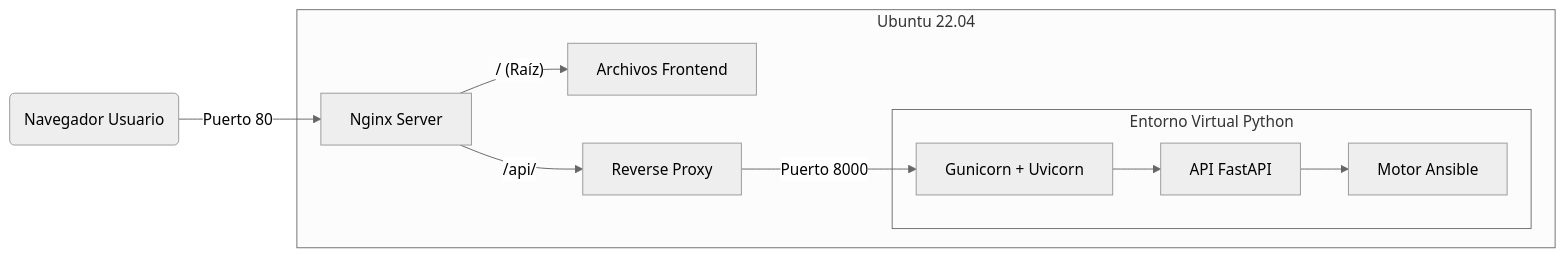
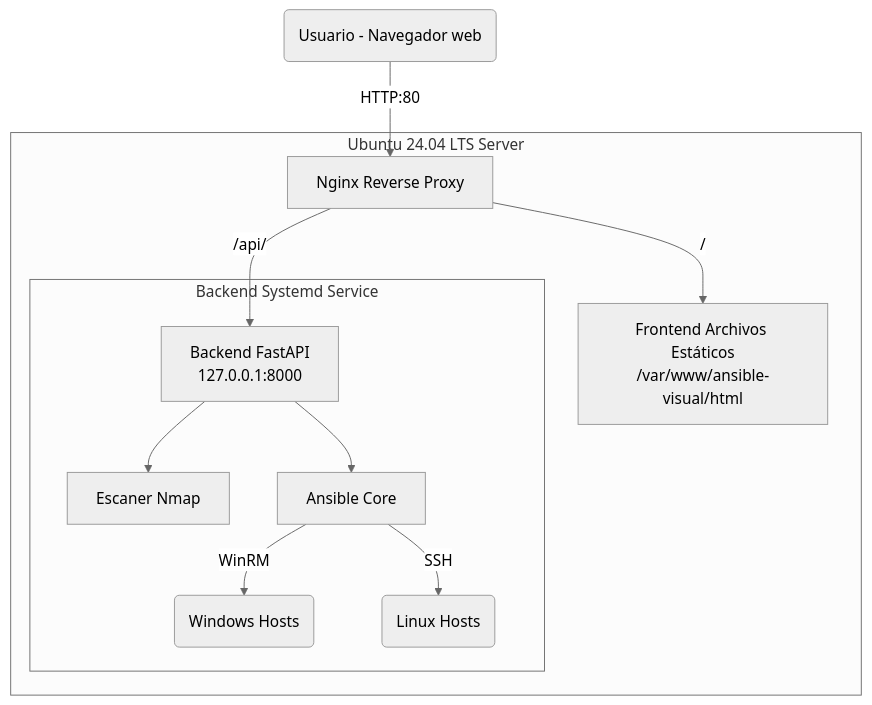
Before and after one commit to JuanEntrena18/proyecto_ansible: the diagram in README.md, drawn with Mermaid (neutral theme). The commit also changed other lines of this file, not shown here.

````diff
--- a/README.md
+++ b/README.md
@@ -35,15 +35,16 @@
 ```mermaid
-graph LR
-    User(Navegador Usuario) -- Puerto 80 --> Nginx[Nginx Server]
+graph TD
+    User(Usuario - Navegador web) -- HTTP:80 --> Nginx[Nginx Reverse Proxy]
     
-    subgraph Server [Ubuntu 22.04]
-        Nginx -- / (Raíz) --> Static[Archivos Frontend]
-        Nginx -- /api/ --> Proxy[Reverse Proxy]
-        Proxy -- Puerto 8000 --> Gunicorn[Gunicorn + Uvicorn]
+    subgraph Ubuntu 24.04 LTS Server
+        Nginx -- / --> Frontend[Frontend Archivos Estáticos\n/var/www/ansible-visual/html]
+        Nginx -- /api/ --> BackendAPI[Backend FastAPI\n127.0.0.1:8000]
         
-        subgraph Backend [Entorno Virtual Python]
-            Gunicorn --> FastAPI[API FastAPI]
-            FastAPI --> Ansible[Motor Ansible]
+        subgraph Backend Systemd Service
+            BackendAPI --> Nmap[Escaner Nmap]
+            BackendAPI --> Ansible[Ansible Core]
+            Ansible -- WinRM --> Windows(Windows Hosts)
+            Ansible -- SSH --> Linux(Linux Hosts)
         end
     end
 ```
````
